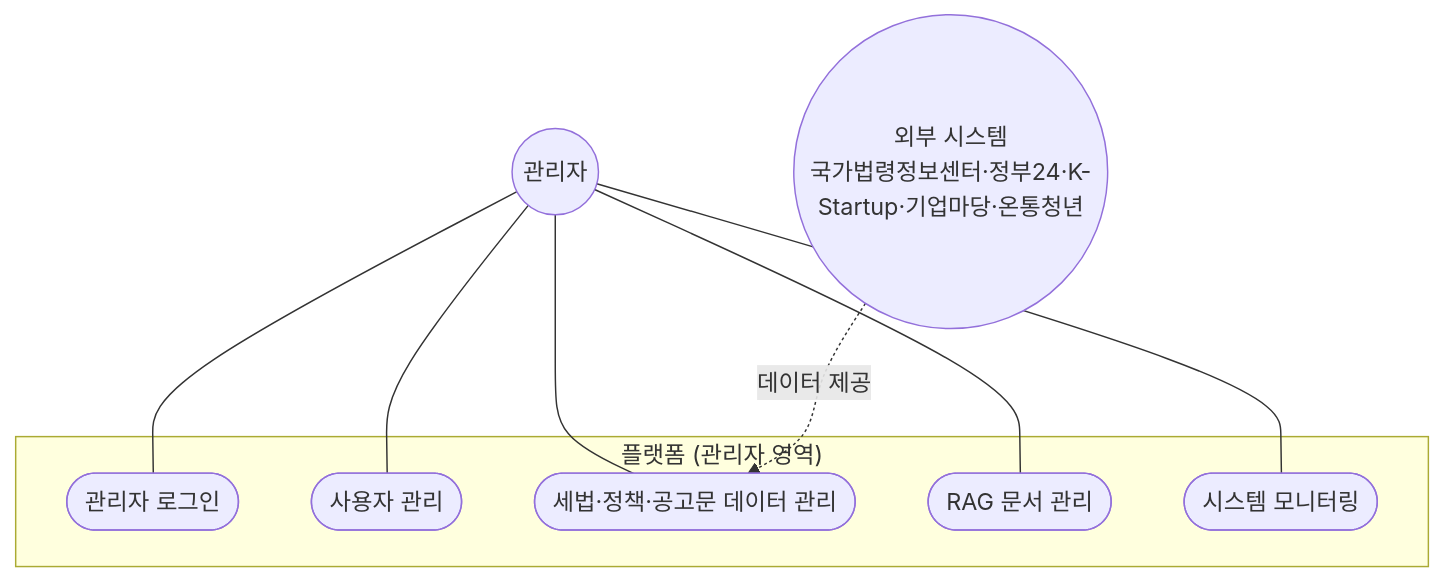
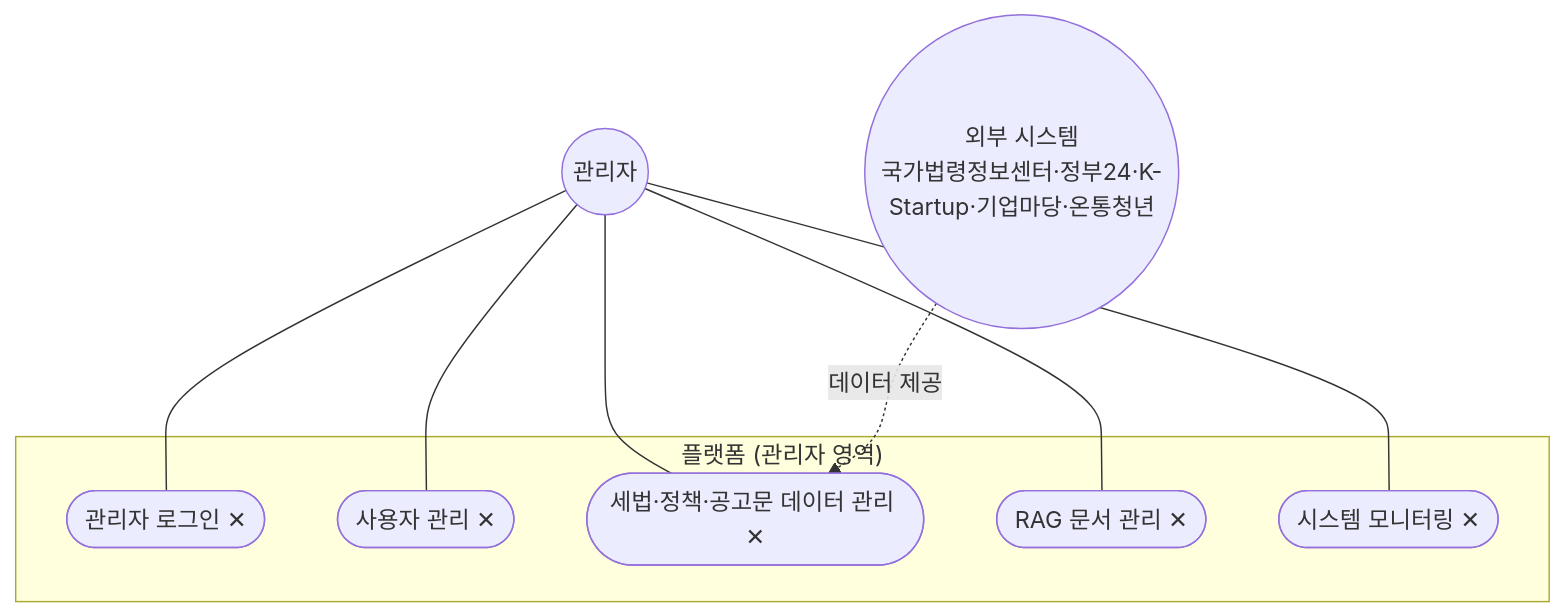
One commit to SKNETWORKS-FAMILY-AICAMP/SKN34-3rd-3Team changed the third of 3 diagrams in Docs/Design/USECASE.md. Above: the diagram before and after it, drawn with Mermaid. The commit also changed other lines of this file and 11 other files, not shown here.

````diff
--- a/Docs/Design/USECASE.md
+++ b/Docs/Design/USECASE.md
@@ -138,20 +140,20 @@
 ```mermaid
 flowchart TD
     Admin((관리자))
     Ext(("외부 시스템<br/>국가법령정보센터·정부24·K-Startup·기업마당·온통청년"))
 
     subgraph SYS2["플랫폼 (관리자 영역)"]
-        UC24(["관리자 로그인"])
-        UC25(["사용자 관리"])
-        UC26(["세법·정책·공고문 데이터 관리"])
-        UC27(["RAG 문서 관리"])
-        UC28(["시스템 모니터링"])
+        UC24(["관리자 로그인 ✕"])
+        UC25(["사용자 관리 ✕"])
+        UC26(["세법·정책·공고문 데이터 관리 ✕"])
+        UC27(["RAG 문서 관리 ✕"])
+        UC28(["시스템 모니터링 ✕"])
     end
 
     Admin --- UC24
     Admin --- UC25
     Admin --- UC26
     Admin --- UC27
     Admin --- UC28
     Ext -. 데이터 제공 .-> UC26
 ```
````
